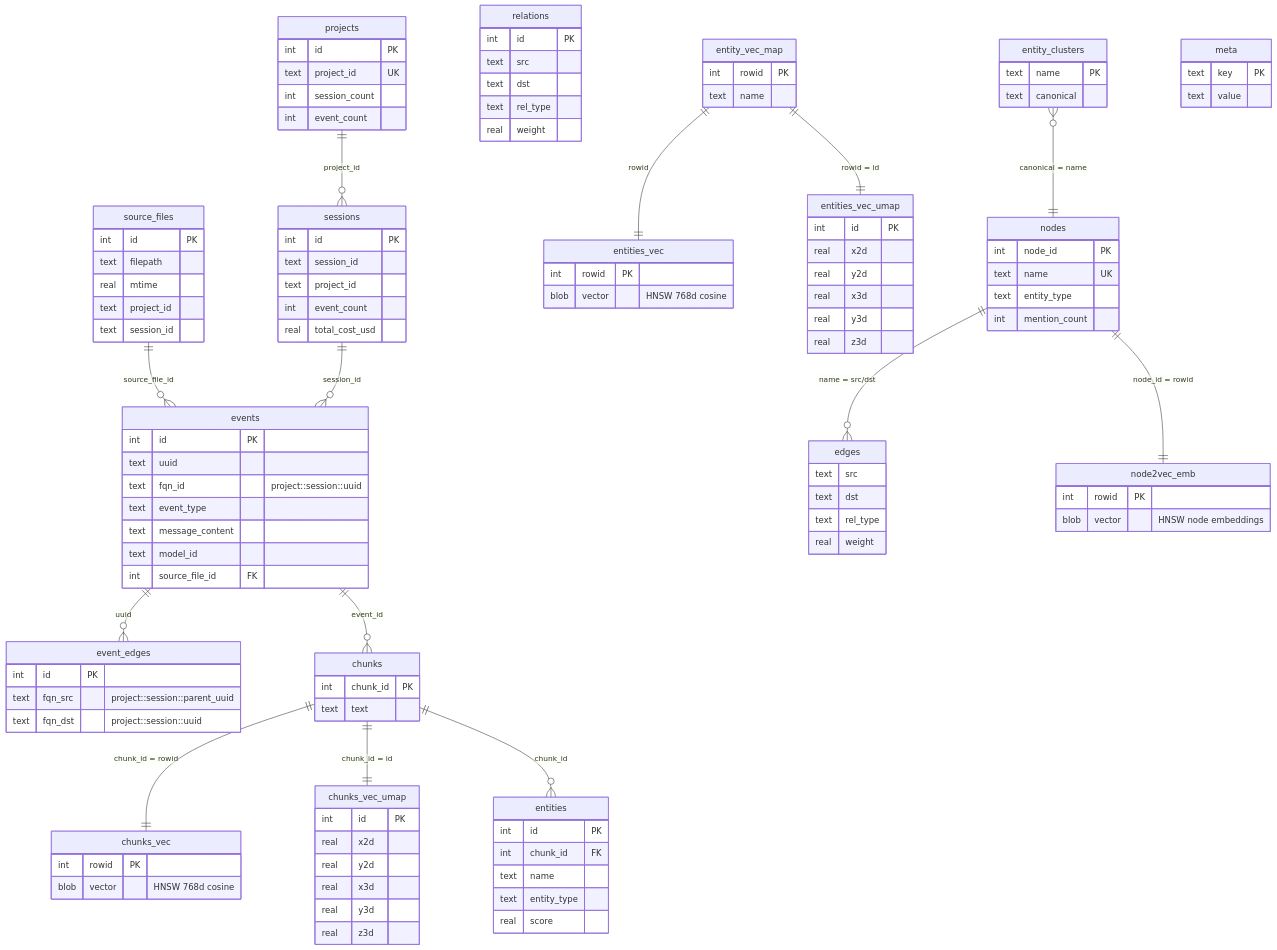
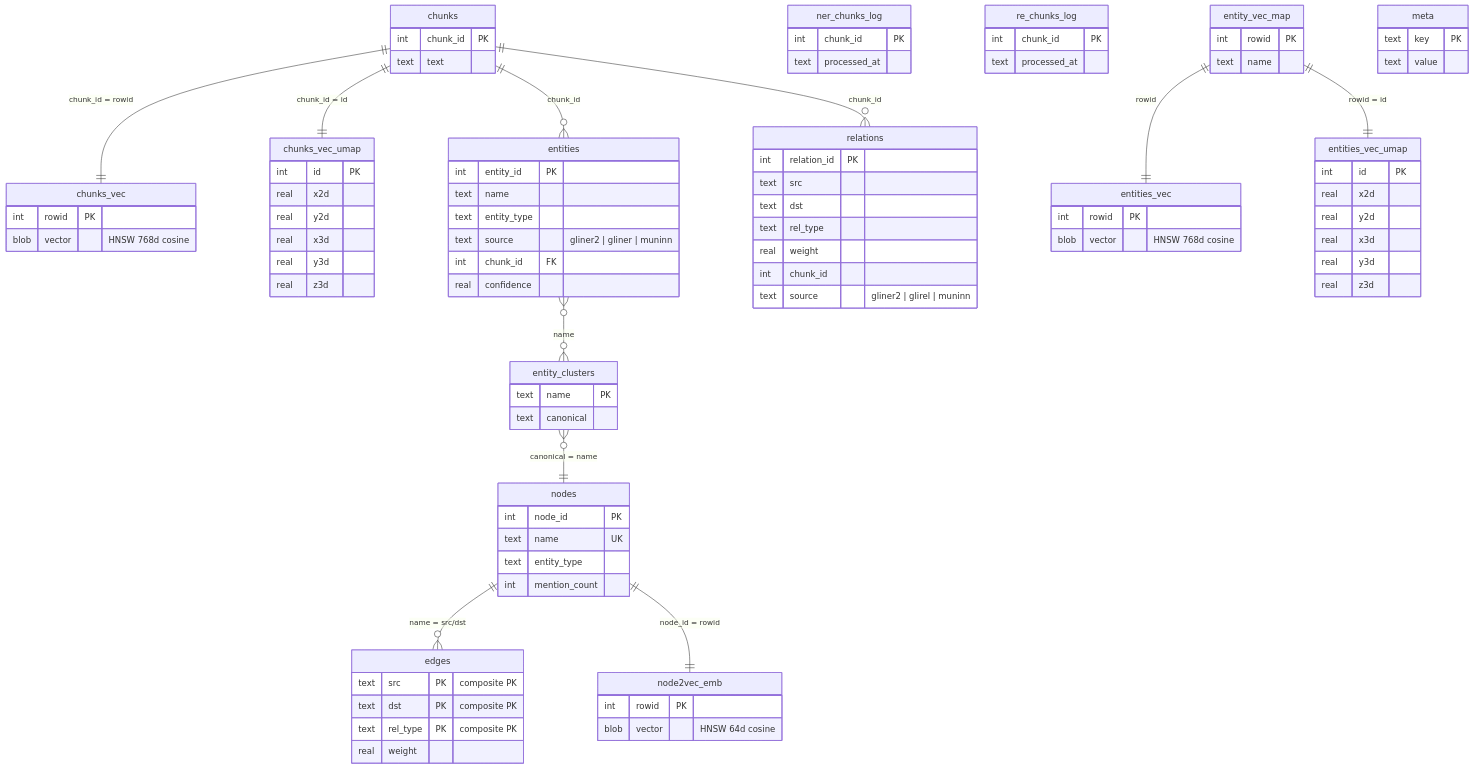
Before and after one commit to neozenith/sqlite-muninn: the third of 3 diagrams in benchmarks/sessions_demo/README.md, drawn with Mermaid. The commit also changed other lines of this file and 51 other files, not shown here.

````diff
--- a/benchmarks/sessions_demo/README.md
+++ b/benchmarks/sessions_demo/README.md
@@ -120,39 +219,5 @@
 ```mermaid
 erDiagram
-    source_files {
-        int id PK
-        text filepath
-        real mtime
-        text project_id
-        text session_id
-    }
-    projects {
-        int id PK
-        text project_id UK
-        int session_count
-        int event_count
-    }
-    sessions {
-        int id PK
-        text session_id
-        text project_id
-        int event_count
-        real total_cost_usd
-    }
-    events {
-        int id PK
-        text uuid
-        text fqn_id "project::session::uuid"
-        text event_type
-        text message_content
-        text model_id
-        int source_file_id FK
-    }
-    event_edges {
-        int id PK
-        text fqn_src "project::session::parent_uuid"
-        text fqn_dst "project::session::uuid"
-    }
     chunks {
         int chunk_id PK
         text text
@@ -170,18 +235,29 @@
         real z3d
     }
     entities {
-        int id PK
-        int chunk_id FK
+        int entity_id PK
         text name
         text entity_type
-        real score
+        text source "gliner2 | gliner | muninn"
+        int chunk_id FK
+        real confidence
+    }
+    ner_chunks_log {
+        int chunk_id PK
+        text processed_at
     }
     relations {
-        int id PK
+        int relation_id PK
         text src
         text dst
         text rel_type
         real weight
+        int chunk_id
+        text source "gliner2 | glirel | muninn"
+    }
+    re_chunks_log {
+        int chunk_id PK
+        text processed_at
     }
     entity_vec_map {
         int rowid PK
@@ -210,31 +286,28 @@
         int mention_count
     }
     edges {
-        text src
-        text dst
-        text rel_type
+        text src PK "composite PK"
+        text dst PK "composite PK"
+        text rel_type PK "composite PK"
         real weight
     }
     node2vec_emb {
         int rowid PK
-        blob vector "HNSW node embeddings"
+        blob vector "HNSW 64d cosine"
     }
     meta {
         text key PK
         text value
     }
 
-    source_files ||--o{ events : "source_file_id"
-    events ||--o{ event_edges : "uuid"
-    events ||--o{ chunks : "event_id"
     chunks ||--|| chunks_vec : "chunk_id = rowid"
     chunks ||--|| chunks_vec_umap : "chunk_id = id"
     chunks ||--o{ entities : "chunk_id"
+    chunks ||--o{ relations : "chunk_id"
     entity_vec_map ||--|| entities_vec : "rowid"
     entity_vec_map ||--|| entities_vec_umap : "rowid = id"
+    entities }o--o{ entity_clusters : "name"
     entity_clusters }o--|| nodes : "canonical = name"
     nodes ||--o{ edges : "name = src/dst"
     nodes ||--|| node2vec_emb : "node_id = rowid"
-    projects ||--o{ sessions : "project_id"
-    sessions ||--o{ events : "session_id"
 ```
````
